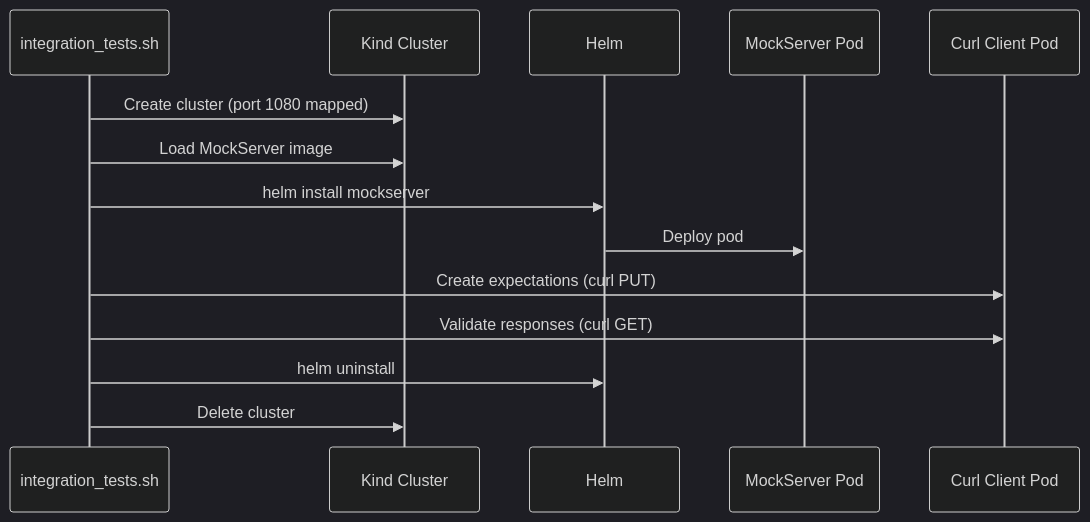
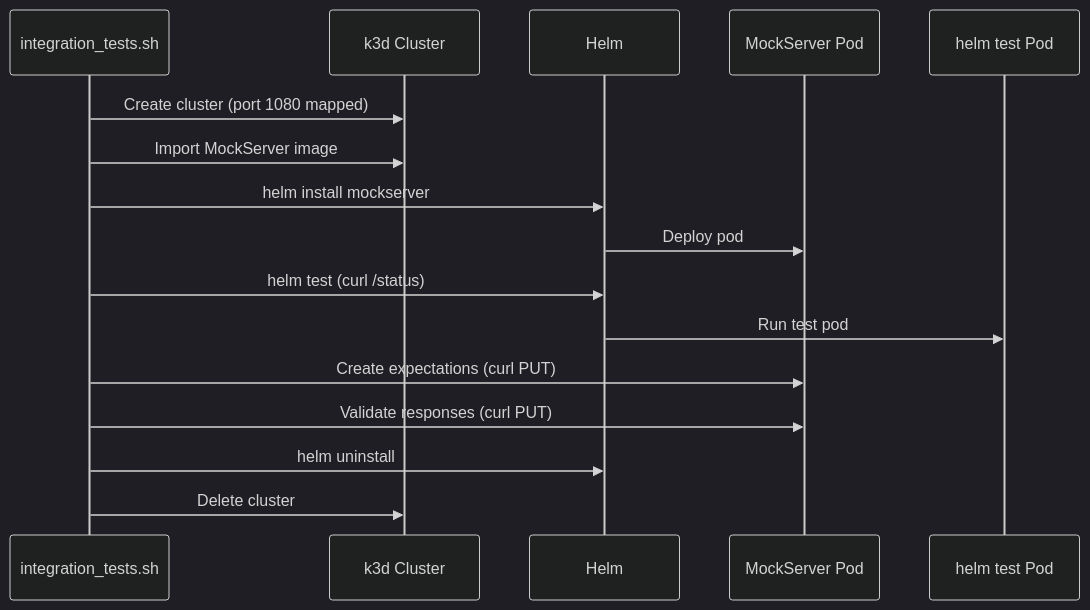
One commit to mock-server/mockserver changed the third of 3 diagrams in docs/infrastructure/helm.md. Above: the diagram before and after it, drawn with Mermaid (dark theme). The commit also changed other lines of this file and 16 other files, not shown here.

````diff
--- a/docs/infrastructure/helm.md
+++ b/docs/infrastructure/helm.md
@@ -217,17 +239,19 @@
 ```mermaid
 sequenceDiagram
     participant Script as integration_tests.sh
-    participant Kind as Kind Cluster
+    participant K3d as k3d Cluster
     participant Helm as Helm
     participant MS as MockServer Pod
-    participant Client as Curl Client Pod
+    participant Test as helm test Pod
 
-    Script->>Kind: Create cluster (port 1080 mapped)
-    Script->>Kind: Load MockServer image
+    Script->>K3d: Create cluster (port 1080 mapped)
+    Script->>K3d: Import MockServer image
     Script->>Helm: helm install mockserver
     Helm->>MS: Deploy pod
-    Script->>Client: Create expectations (curl PUT)
-    Script->>Client: Validate responses (curl GET)
+    Script->>Helm: helm test (curl /status)
+    Helm->>Test: Run test pod
+    Script->>MS: Create expectations (curl PUT)
+    Script->>MS: Validate responses (curl PUT)
     Script->>Helm: helm uninstall
-    Script->>Kind: Delete cluster
+    Script->>K3d: Delete cluster
 ```
````
